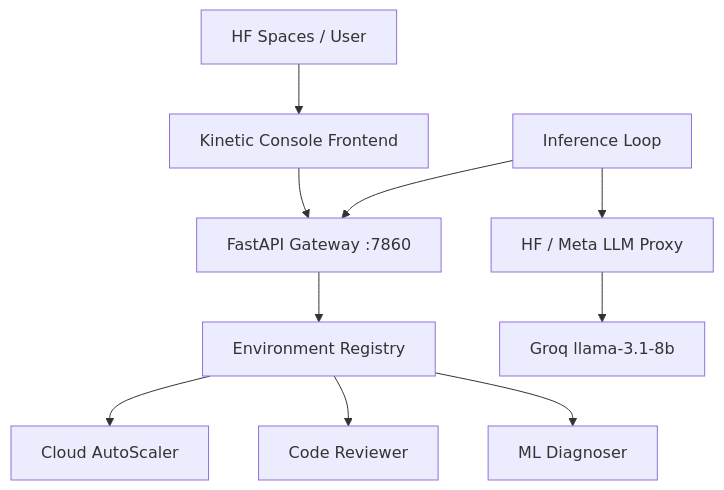
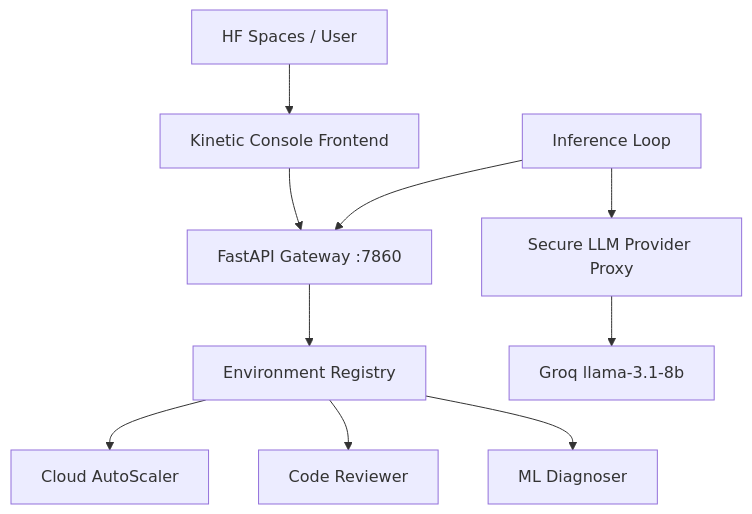
The diagram in README.md (PRINCEk0001/meta-openenv-cloud-scaler), drawn with Mermaid before and after one commit. The commit also changed other lines of this file and 2 other files, not shown here.

Commit message:
Branding: Rebranded as Anigrevity Cloud Suite (removed Hackathon/Meta mentions)

````diff
--- a/README.md
+++ b/README.md
@@ -26,12 +26,12 @@
 ```mermaid
 graph TD
     A[HF Spaces / User] --> B[Kinetic Console Frontend]
     B --> C[FastAPI Gateway :7860]
     C --> D[Environment Registry]
     D --> E[Cloud AutoScaler]
     D --> F[Code Reviewer]
     D --> G[ML Diagnoser]
     H[Inference Loop] --> C
-    H --> I[HF / Meta LLM Proxy]
+    H --> I[Secure LLM Provider Proxy]
     I --> J[Groq llama-3.1-8b]
 ```
````
